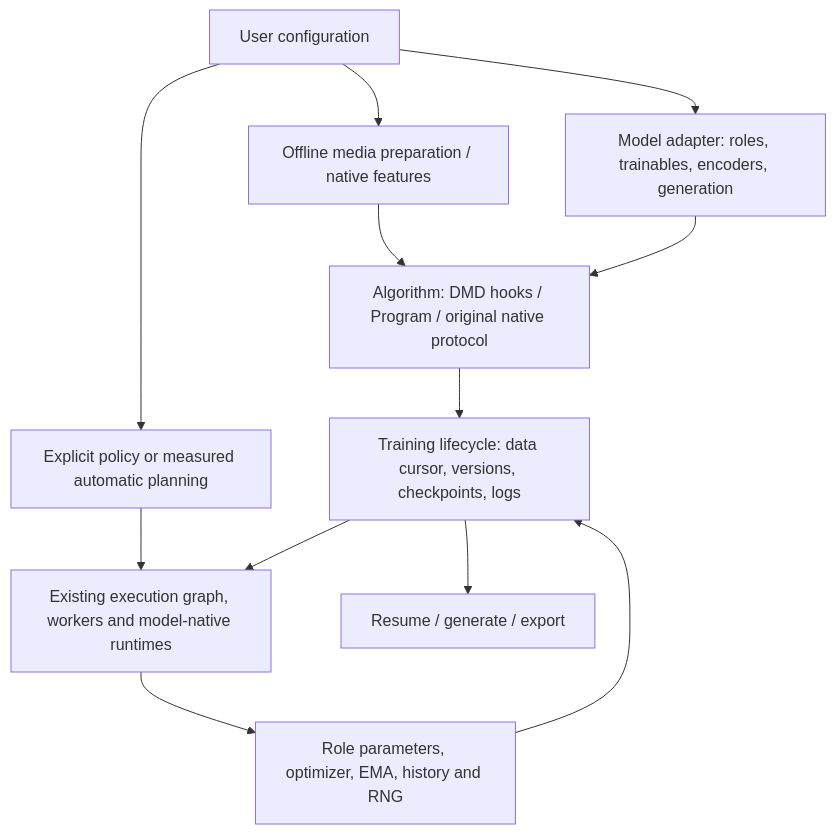
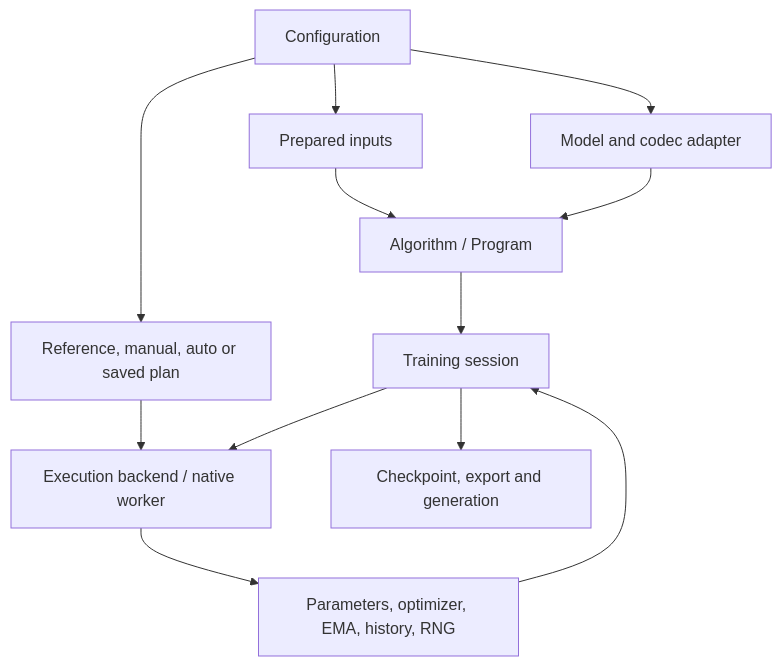
One commit to sliortega295-ops/DMD-System changed the diagram in docs/architecture/framework.md. Above: the diagram before and after it, drawn with Mermaid. The commit also changed other lines of this file and 11 other files, not shown here.

````diff
--- a/docs/architecture/framework.md
+++ b/docs/architecture/framework.md
@@ -8,14 +7,14 @@
 ```mermaid
 flowchart TD
-    Config[User configuration] --> Data[Offline media preparation / native features]
-    Config --> Models[Model adapter: roles, trainables, encoders, generation]
-    Data --> Workflow[Algorithm: DMD hooks / Program / original native protocol]
-    Models --> Workflow
-    Workflow --> Training[Training lifecycle: data cursor, versions, checkpoints, logs]
-    Config --> Strategy[Explicit policy or measured automatic planning]
-    Strategy --> Runtime[Existing execution graph, workers and model-native runtimes]
+    Config[Configuration] --> Data[Prepared inputs]
+    Config --> Model[Model and codec adapter]
+    Data --> Workflow[Algorithm / Program]
+    Model --> Workflow
+    Workflow --> Training[Training session]
+    Config --> Strategy[Reference, manual, auto or saved plan]
+    Strategy --> Runtime[Execution backend / native worker]
     Training --> Runtime
-    Runtime --> State[Role parameters, optimizer, EMA, history and RNG]
+    Runtime --> State[Parameters, optimizer, EMA, history, RNG]
     State --> Training
-    Training --> Outputs[Resume / generate / export]
+    Training --> Output[Checkpoint, export and generation]
 ```
````
